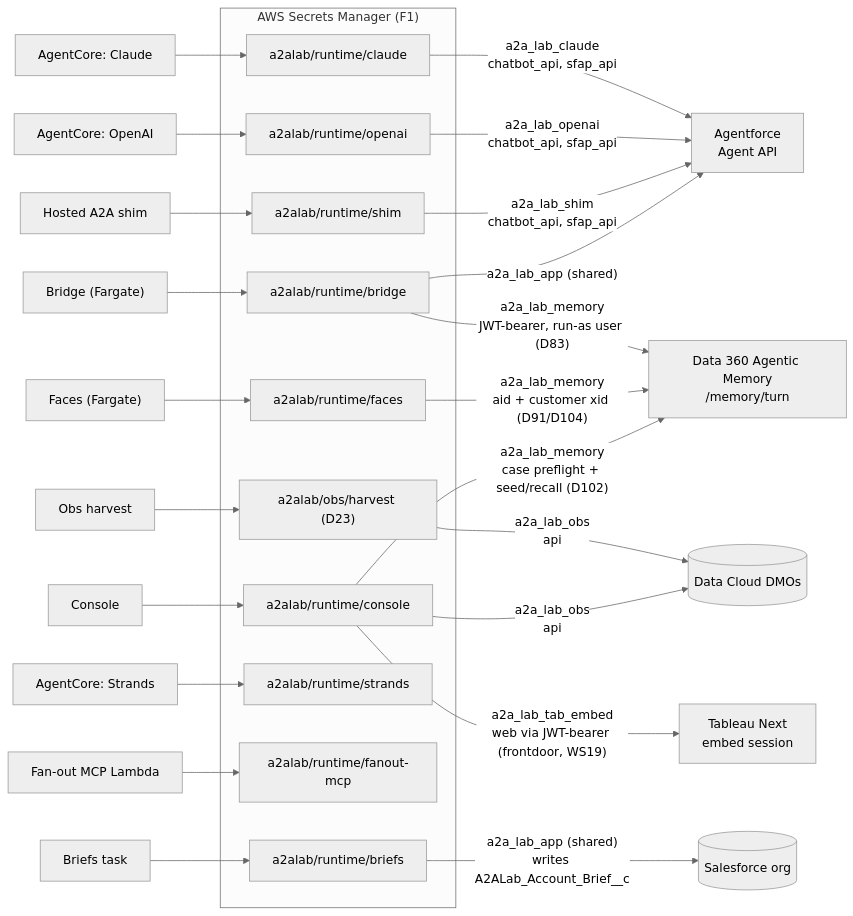
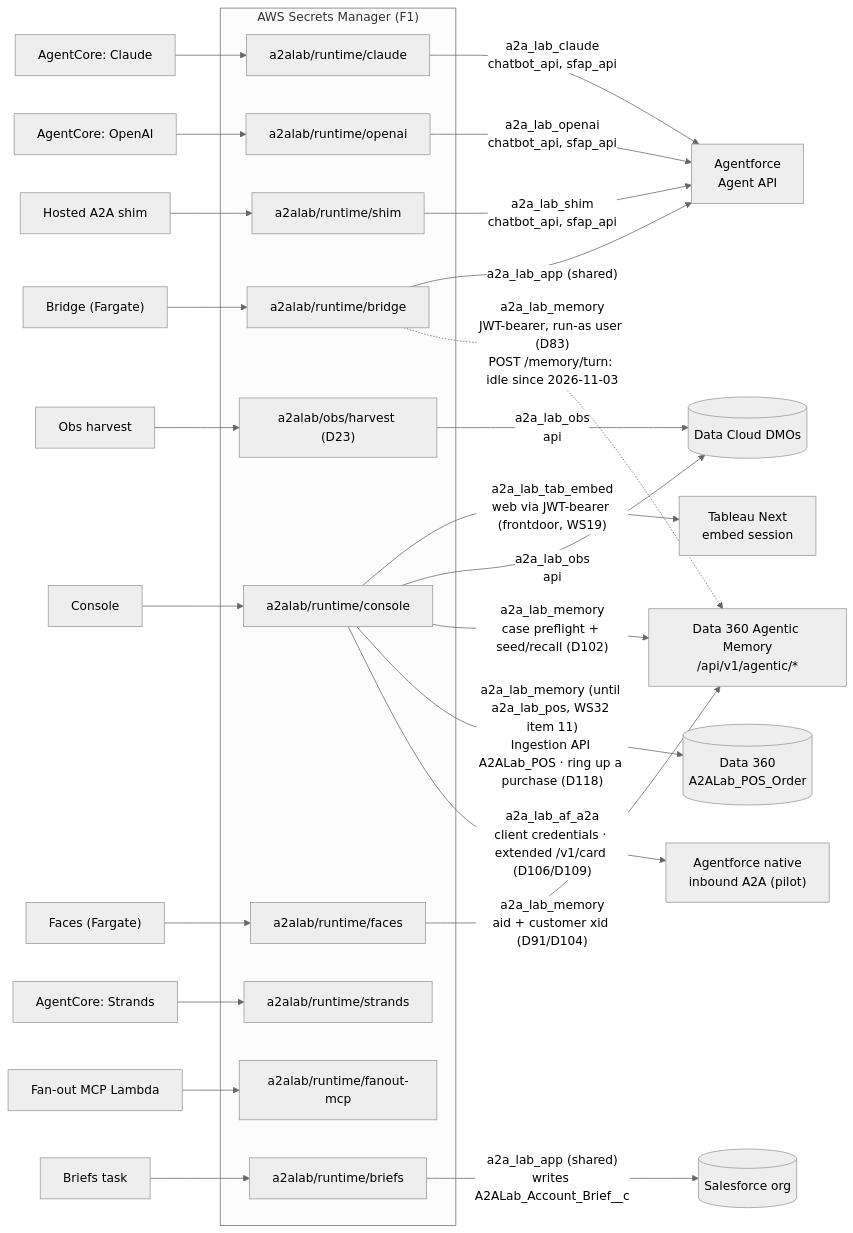
Before and after one commit to congmingwudi/a2a-lab: the fourth of 4 diagrams in README.md, drawn with Mermaid (neutral theme). The commit also changed other lines of this file and 16 other files, not shown here.

First line of the commit message:
Architecture sweep 2026-11-11: hosting, identity and memory figures

````diff
--- a/README.md
+++ b/README.md
@@ -626,38 +630,40 @@
 ```mermaid
 flowchart LR
     subgraph sm["AWS Secrets Manager (F1)"]
         SC["a2alab/runtime/claude"]
         SO["a2alab/runtime/openai"]
         SS["a2alab/runtime/shim"]
         SCON["a2alab/runtime/console"]
         SB["a2alab/runtime/bridge"]
         SF["a2alab/runtime/faces"]
         SBR["a2alab/runtime/briefs"]
         SST["a2alab/runtime/strands"]
         SFAN["a2alab/runtime/fanout-mcp"]
         SH["a2alab/obs/harvest (D23)"]
     end
 
     ACC["AgentCore: Claude"] --> SC
     ACO["AgentCore: OpenAI"] --> SO
     HSHIM["Hosted A2A shim"] --> SS
     CON["Console"] --> SCON
     HARV["Obs harvest"] --> SH
     BR["Bridge (Fargate)"] --> SB
     FACES["Faces (Fargate)"] --> SF
     BRIEFS["Briefs task"] --> SBR
     ACS["AgentCore: Strands"] --> SST
     FAN["Fan-out MCP Lambda"] --> SFAN
 
     SC -- "a2a_lab_claude<br/>chatbot_api, sfap_api" --> AAPI["Agentforce<br/>Agent API"]
     SO -- "a2a_lab_openai<br/>chatbot_api, sfap_api" --> AAPI
     SS -- "a2a_lab_shim<br/>chatbot_api, sfap_api" --> AAPI
     SH -- "a2a_lab_obs<br/>api" --> DMO[("Data Cloud DMOs")]
     SCON -- "a2a_lab_tab_embed<br/>web via JWT-bearer (frontdoor, WS19)" --> TAB["Tableau Next<br/>embed session"]
     SCON -- "a2a_lab_obs<br/>api" --> DMO
     SB -- "a2a_lab_app (shared)" --> AAPI
-    SB -- "a2a_lab_memory<br/>JWT-bearer, run-as user (D83)" --> MEM["Data 360 Agentic Memory<br/>/memory/turn"]
+    SB -. "a2a_lab_memory<br/>JWT-bearer, run-as user (D83)<br/>POST /memory/turn: idle since 2026-11-03" .-> MEM["Data 360 Agentic Memory<br/>/api/v1/agentic/*"]
     SF -- "a2a_lab_memory<br/>aid + customer xid (D91/D104)" --> MEM
     SCON -- "a2a_lab_memory<br/>case preflight + seed/recall (D102)" --> MEM
+    SCON -- "a2a_lab_memory (until a2a_lab_pos, WS32 item 11)<br/>Ingestion API A2ALab_POS · ring up a purchase (D118)" --> POS[("Data 360<br/>A2ALab_POS_Order")]
+    SCON -- "a2a_lab_af_a2a<br/>client credentials · extended /v1/card (D106/D109)" --> AFN["Agentforce native<br/>inbound A2A (pilot)"]
     SBR -- "a2a_lab_app (shared)<br/>writes A2ALab_Account_Brief__c" --> SFORG[("Salesforce org")]
 ```
````
